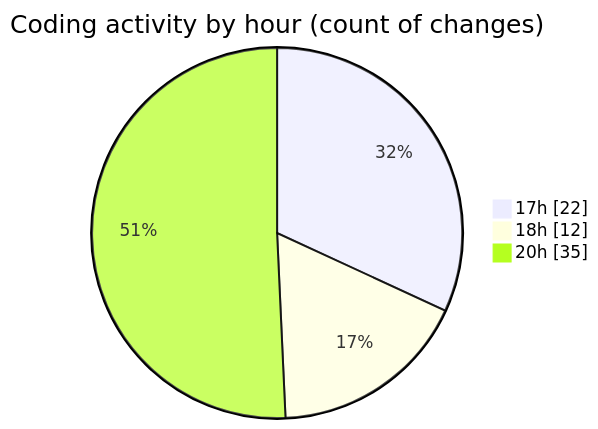
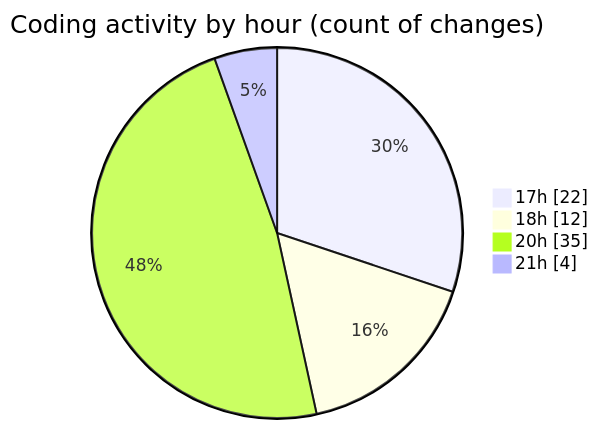
Before and after one commit to Netris89/code-tracking: the second of 2 diagrams in 2025-10-30/skintrack/README.md, drawn with Mermaid. The commit also changed other lines of this file and 1 other file, not shown here.

````diff
--- a/2025-10-30/skintrack/README.md
+++ b/2025-10-30/skintrack/README.md
@@ -36,7 +36,8 @@
 ```mermaid
 pie showData
 title Coding activity by hour (count of changes)
 "17h" : 22
 "18h" : 12
 "20h" : 35
+"21h" : 4
 ```
````
